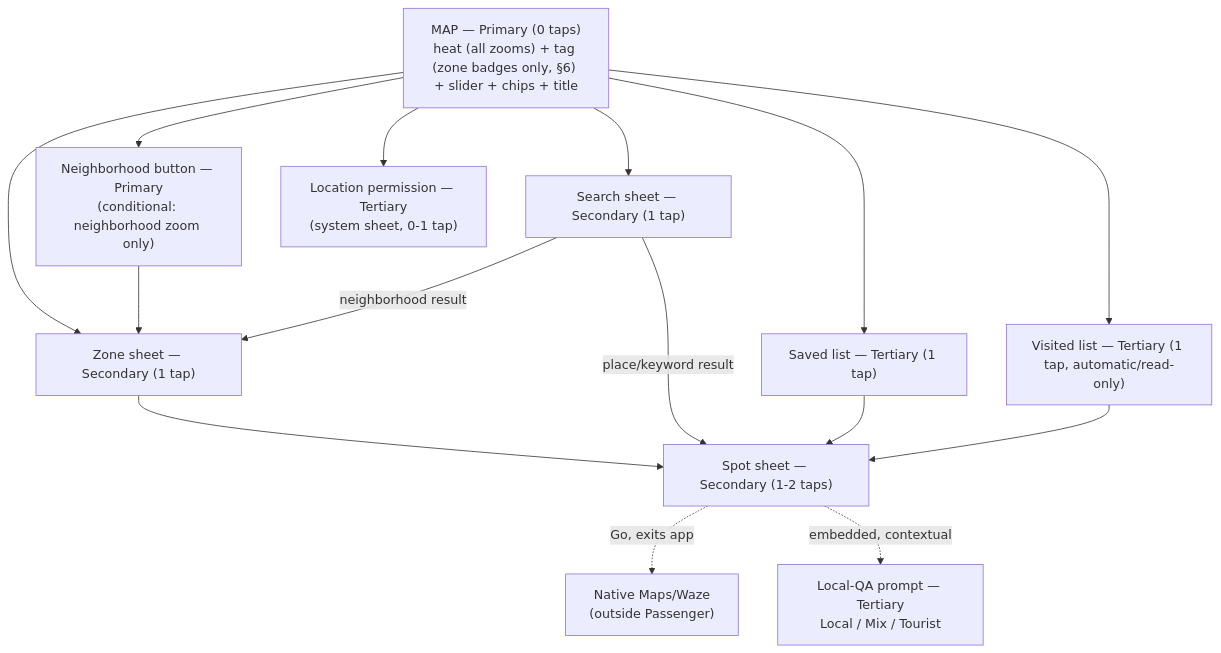
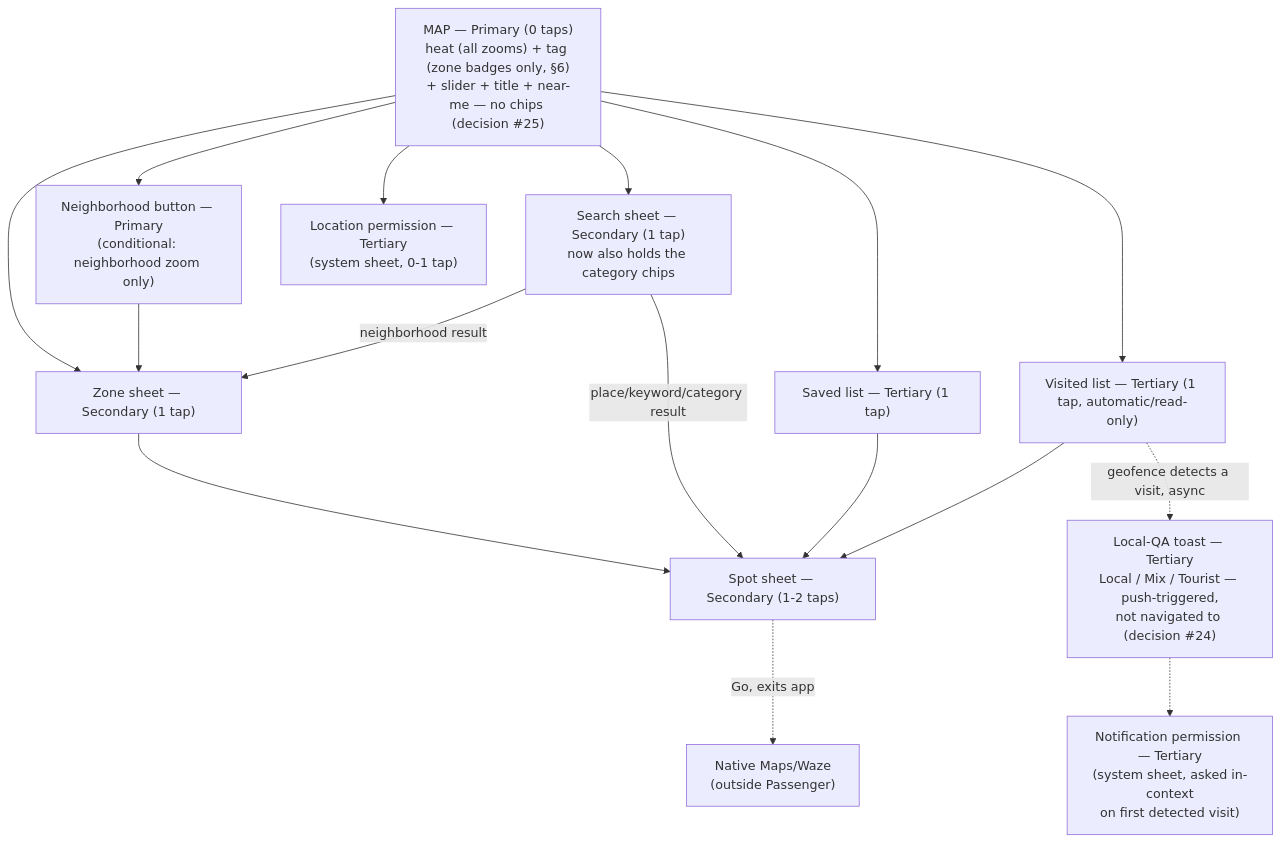
One commit to AviranGrisaro/passenger-brain changed the third of 3 diagrams in design/ux-flows.md. Above: the diagram before and after it, drawn with Mermaid. The commit also changed other lines of this file and 3 other files, not shown here.

First line of the commit message:
design: post-visit QA toast (#24) and category chips into search (#25)

````diff
--- a/design/ux-flows.md
+++ b/design/ux-flows.md
@@ -237,18 +263,19 @@
 ```mermaid
 flowchart TD
-    Map["MAP — Primary (0 taps)\nheat (all zooms) + tag (zone badges only, §6) + slider + chips + title"]
+    Map["MAP — Primary (0 taps)\nheat (all zooms) + tag (zone badges only, §6)<br/>+ slider + title + near-me — no chips (decision #25)"]
     Map --> Zone["Zone sheet — Secondary (1 tap)"]
     Map --> Neigh["Neighborhood button — Primary\n(conditional: neighborhood zoom only)"]
     Neigh --> Zone
     Zone --> Spot["Spot sheet — Secondary (1-2 taps)"]
     Spot -.Go, exits app.-> Handoff["Native Maps/Waze\n(outside Passenger)"]
-    Map --> Search["Search sheet — Secondary (1 tap)"]
-    Search -->|place/keyword result| Spot
+    Map --> Search["Search sheet — Secondary (1 tap)\nnow also holds the category chips"]
+    Search -->|place/keyword/category result| Spot
     Search -->|neighborhood result| Zone
     Map --> Saved["Saved list — Tertiary (1 tap)"]
     Map --> Visited["Visited list — Tertiary (1 tap, automatic/read-only)"]
     Saved --> Spot
     Visited --> Spot
-    Spot -. embedded, contextual .-> QA["Local-QA prompt — Tertiary\nLocal / Mix / Tourist"]
+    Visited -.geofence detects a visit, async.-> QA["Local-QA toast — Tertiary\nLocal / Mix / Tourist — push-triggered,<br/>not navigated to (decision #24)"]
     Map --> Perm["Location permission — Tertiary\n(system sheet, 0-1 tap)"]
+    QA -.-> NotifPerm["Notification permission — Tertiary\n(system sheet, asked in-context\non first detected visit)"]
 ```
````
